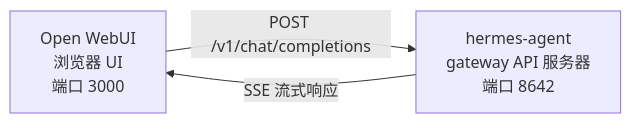
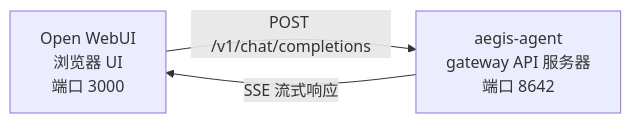
One commit to sumaldevservices-alt/aegis-ai changed the diagram in website/i18n/zh-Hans/docusaurus-plugin-content-docs/current/user-guide/messaging/open-webui.md. Above: the diagram before and after it, drawn with Mermaid. The commit also changed other lines of this file and 20740 other files, not shown here.

Commit message:
feat: rebrand entire codebase from Hermes to Aegis (packages, configs, docs, code)

````diff
--- a/website/i18n/zh-Hans/docusaurus-plugin-content-docs/current/user-guide/messaging/open-webui.md
+++ b/website/i18n/zh-Hans/docusaurus-plugin-content-docs/current/user-guide/messaging/open-webui.md
@@ -13,7 +13,7 @@
 ```mermaid
 flowchart LR
     A["Open WebUI<br/>浏览器 UI<br/>端口 3000"]
-    B["hermes-agent<br/>gateway API 服务器<br/>端口 8642"]
+    B["aegis-agent<br/>gateway API 服务器<br/>端口 8642"]
     A -->|POST /v1/chat/completions| B
     B -->|SSE 流式响应| A
 ```
````
